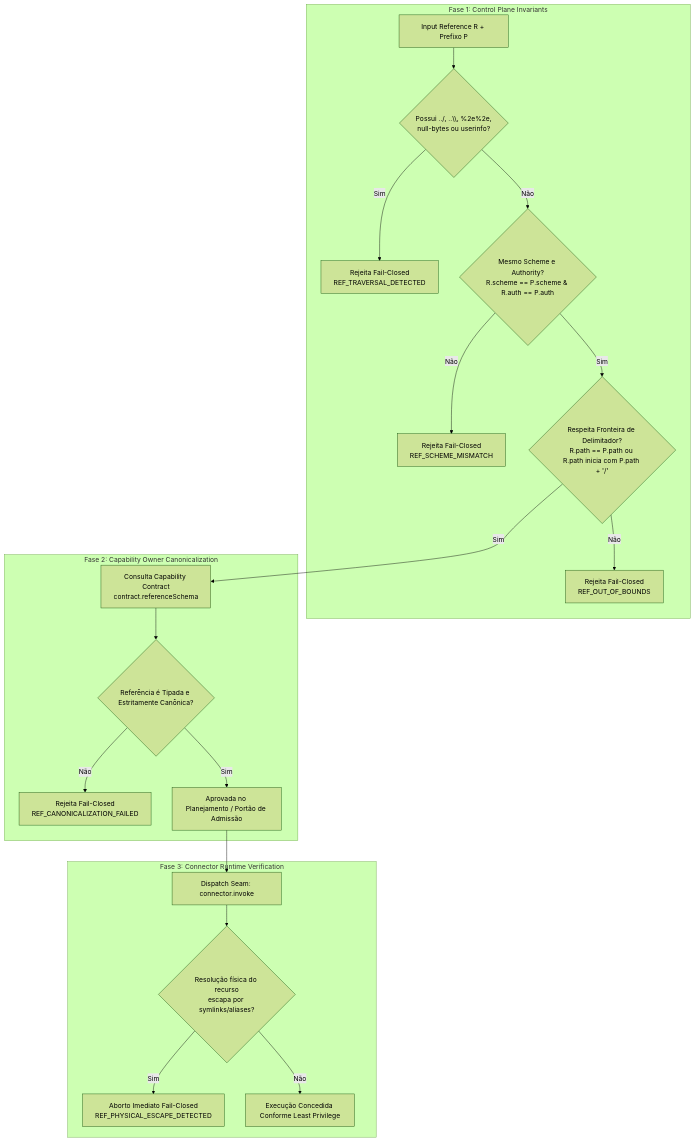
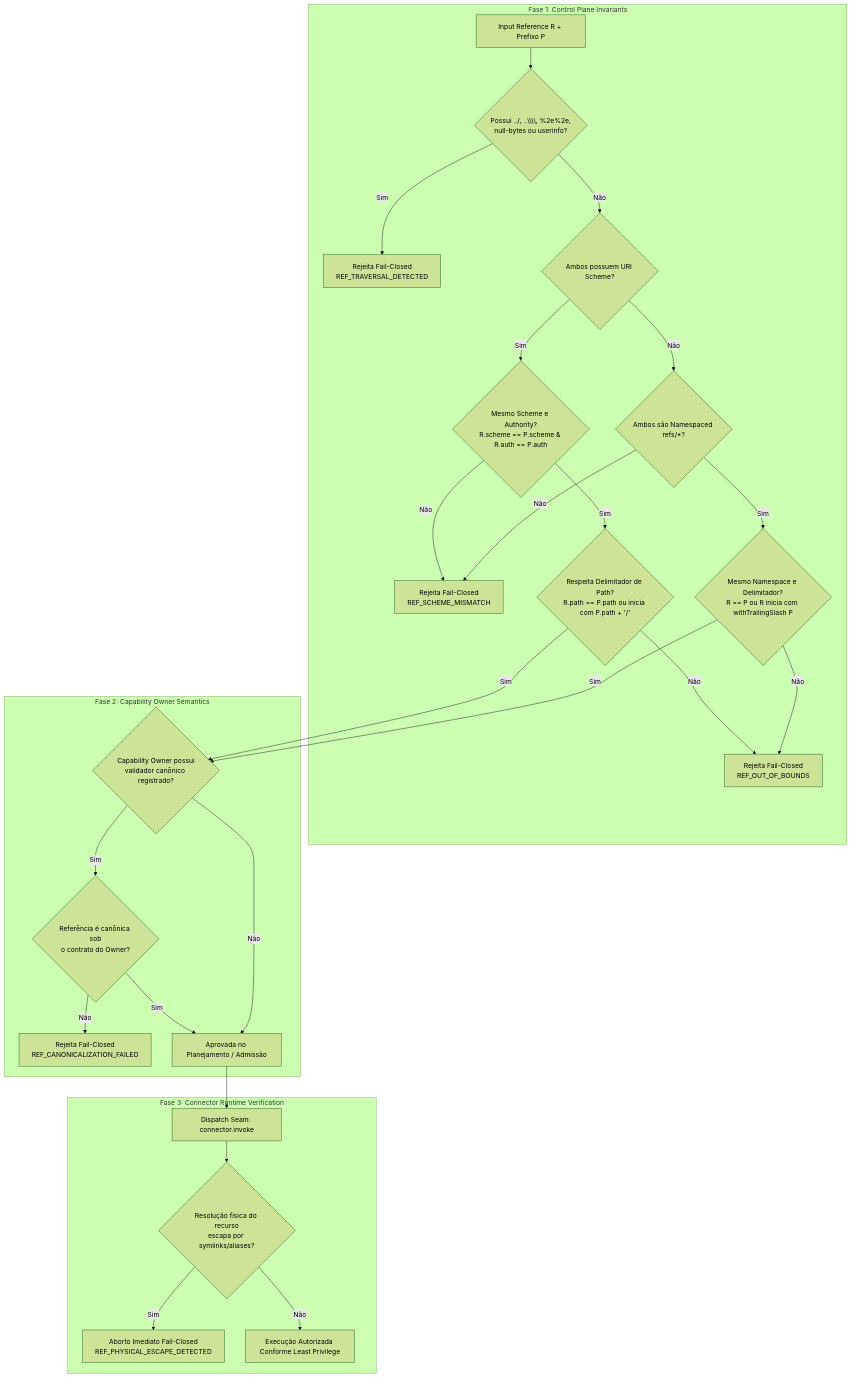
One commit to Anakyklos/ouroboros-runtime changed the diagram in docs/analysis/operator-capability-grant-trust-contract-2026-10-29.md. Above: the diagram before and after it, drawn with Mermaid (forest theme). The commit also changed other lines of this file, not shown here.

Commit message:
docs(trust): harmonizar contrato de referências com baseline e isolar credenciais (#166)

````diff
--- a/docs/analysis/operator-capability-grant-trust-contract-2026-10-29.md
+++ b/docs/analysis/operator-capability-grant-trust-contract-2026-10-29.md
@@ -404,25 +421,32 @@
 ```mermaid
 flowchart TD
     subgraph Fase 1: Control Plane Invariants
-        A[Input Reference R + Prefixo P] --> B{Possui ../, ..\\, %2e%2e,<br>null-bytes ou userinfo?}
+        A[Input Reference R + Prefixo P] --> B{Possui ../, ..\\\\, %2e%2e,<br>null-bytes ou userinfo?}
         B -- Sim --> C[Rejeita Fail-Closed<br>REF_TRAVERSAL_DETECTED]
-        B -- Não --> D{Mesmo Scheme e Authority?<br>R.scheme == P.scheme & R.auth == P.auth}
-        D -- Não --> E[Rejeita Fail-Closed<br>REF_SCHEME_MISMATCH]
-        D -- Sim --> F{Respeita Fronteira de Delimitador?<br>R.path == P.path ou R.path inicia com P.path + '/'}
-        F -- Não --> G[Rejeita Fail-Closed<br>REF_OUT_OF_BOUNDS]
+        B -- Não --> D{Ambos possuem URI Scheme?}
+        D -- Sim --> E{Mesmo Scheme e Authority?<br>R.scheme == P.scheme & R.auth == P.auth}
+        E -- Não --> F[Rejeita Fail-Closed<br>REF_SCHEME_MISMATCH]
+        E -- Sim --> G{Respeita Delimitador de Path?<br>R.path == P.path ou inicia com P.path + '/'}
+        G -- Não --> H[Rejeita Fail-Closed<br>REF_OUT_OF_BOUNDS]
+        D -- Não --> I{Ambos são Namespaced refs/*?}
+        I -- Sim --> J{Mesmo Namespace e Delimitador?<br>R == P ou R inicia com withTrailingSlash P}
+        J -- Não --> H
+        I -- Não --> F
     end
 
-    subgraph Fase 2: Capability Owner Canonicalization
-        F -- Sim --> H[Consulta Capability Contract<br>contract.referenceSchema]
-        H --> I{Referência é Tipada e Estritamente Canônica?}
-        I -- Não --> J[Rejeita Fail-Closed<br>REF_CANONICALIZATION_FAILED]
-        I -- Sim --> K[Aprovada no Planejamento / Portão de Admissão]
+    subgraph Fase 2: Capability Owner Semantics
+        G -- Sim --> K{Capability Owner possui<br>validador canônico registrado?}
+        J -- Sim --> K
+        K -- Sim --> L{Referência é canônica sob<br>o contrato do Owner?}
+        L -- Não --> M[Rejeita Fail-Closed<br>REF_CANONICALIZATION_FAILED]
+        L -- Sim --> N[Aprovada no Planejamento / Admissão]
+        K -- Não --> N
     end
 
     subgraph Fase 3: Connector Runtime Verification
-        K --> L[Dispatch Seam: connector.invoke]
-        L --> M{Resolução física do recurso<br>escapa por symlinks/aliases?}
-        M -- Sim --> N[Aborto Imediato Fail-Closed<br>REF_PHYSICAL_ESCAPE_DETECTED]
-        M -- Não --> O[Execução Concedida Conforme Least Privilege]
+        N --> O[Dispatch Seam: connector.invoke]
+        O --> P{Resolução física do recurso<br>escapa por symlinks/aliases?}
+        P -- Sim --> Q[Aborto Imediato Fail-Closed<br>REF_PHYSICAL_ESCAPE_DETECTED]
+        P -- Não --> R[Execução Autorizada Conforme Least Privilege]
     end
 ```
````
